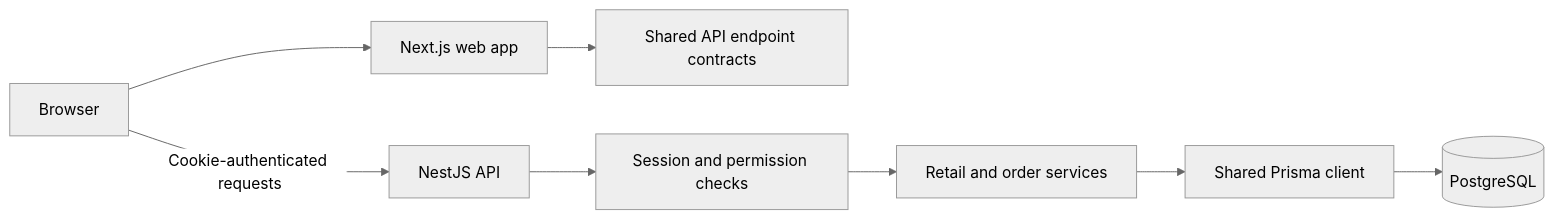
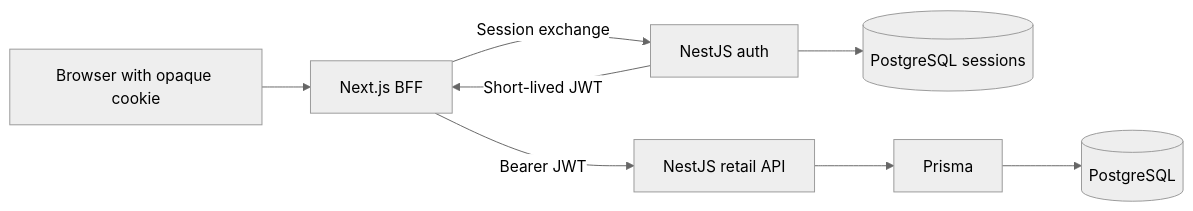
The diagram in README.md (korawit-ch/multi-branch-retail-store-with-abac-oauth-poc), drawn with Mermaid (neutral theme) before and after one commit. The commit also changed other lines of this file and 55 other files, not shown here.

Commit message:
feat(auth): route protected requests through Next BFF

````diff
--- a/README.md
+++ b/README.md
@@ -68,10 +68,10 @@
 ```mermaid
 flowchart LR
-  Browser[Browser] --> Web[Next.js web app]
-  Web --> Contracts[Shared API endpoint contracts]
-  Browser -->|Cookie-authenticated requests| API[NestJS API]
-  API --> Auth[Session and permission checks]
-  Auth --> Retail[Retail and order services]
-  Retail --> Prisma[Shared Prisma client]
+  Browser[Browser with opaque cookie] --> BFF[Next.js BFF]
+  BFF -->|Session exchange| Auth[NestJS auth]
+  Auth --> Sessions[(PostgreSQL sessions)]
+  Auth -->|Short-lived JWT| BFF
+  BFF -->|Bearer JWT| API[NestJS retail API]
+  API --> Prisma[Prisma]
   Prisma --> DB[(PostgreSQL)]
 ```
````
